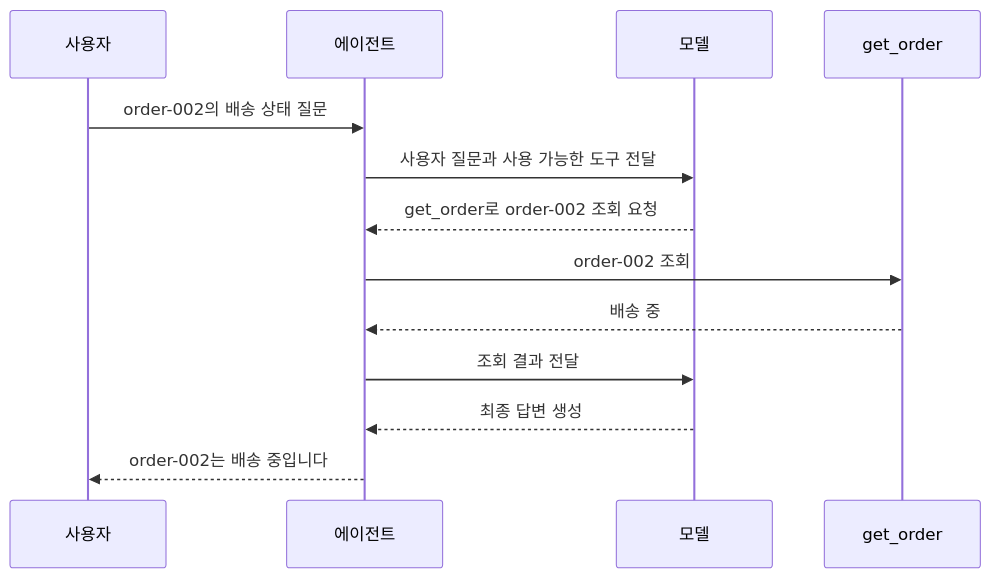
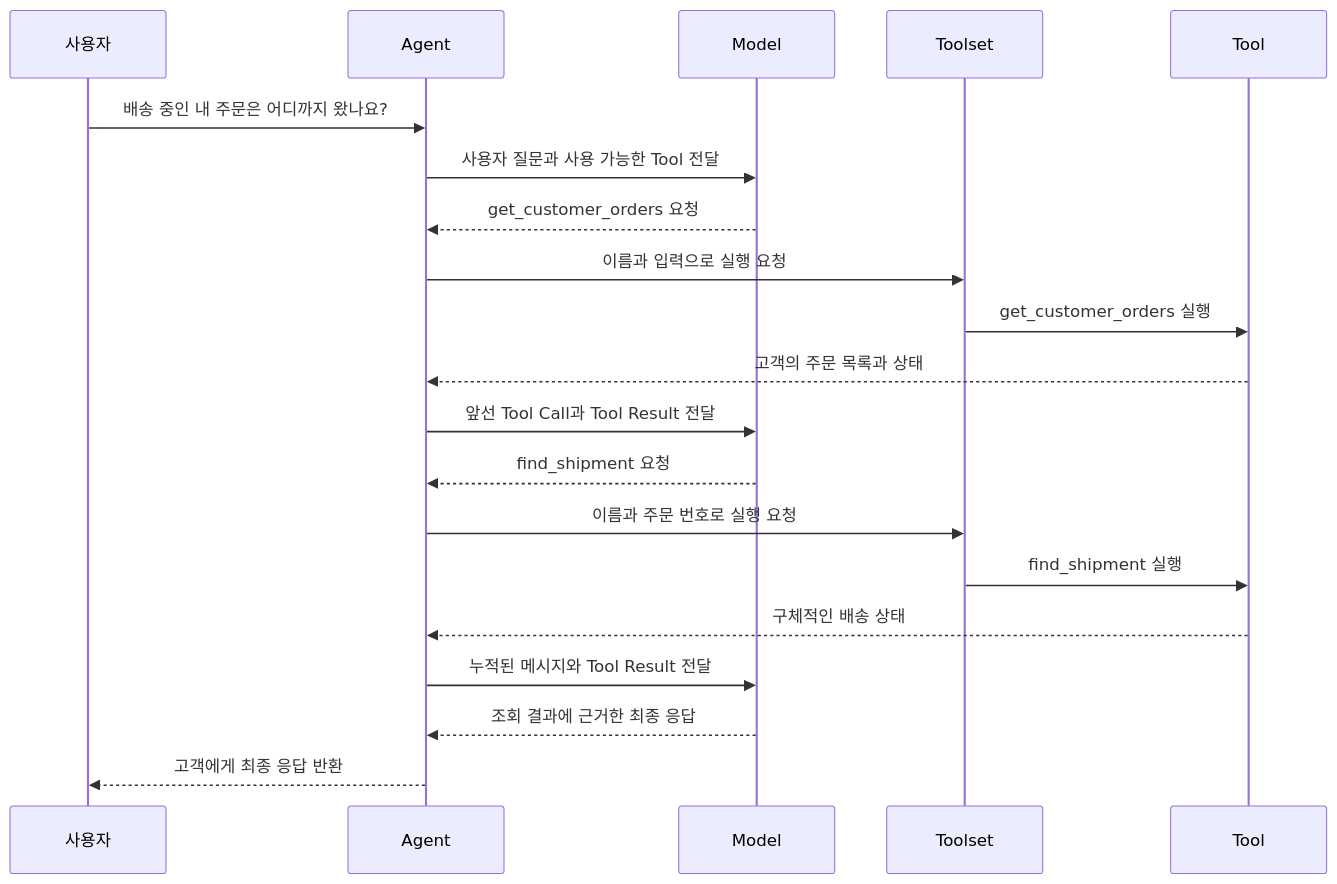
Before and after one commit to chahoseong/customer-support-agent: the diagram in docs/guides/agent-loop-with-tool-calling.md, drawn with Mermaid. The commit also changed other lines of this file, not shown here.

Commit message:
docs: explain multi-tool agent loop principles

````diff
--- a/docs/guides/agent-loop-with-tool-calling.md
+++ b/docs/guides/agent-loop-with-tool-calling.md
@@ -48,16 +69,23 @@
 ```mermaid
 sequenceDiagram
     participant U as 사용자
-    participant A as 에이전트
-    participant M as 모델
-    participant T as get_order
+    participant A as Agent
+    participant M as Model
+    participant TS as Toolset
+    participant T as Tool
 
-    U->>A: order-002의 배송 상태 질문
-    A->>M: 사용자 질문과 사용 가능한 도구 전달
-    M-->>A: get_order로 order-002 조회 요청
-    A->>T: order-002 조회
-    T-->>A: 배송 중
-    A->>M: 조회 결과 전달
-    M-->>A: 최종 답변 생성
-    A-->>U: order-002는 배송 중입니다
+    U->>A: 배송 중인 내 주문은 어디까지 왔나요?
+    A->>M: 사용자 질문과 사용 가능한 Tool 전달
+    M-->>A: get_customer_orders 요청
+    A->>TS: 이름과 입력으로 실행 요청
+    TS->>T: get_customer_orders 실행
+    T-->>A: 고객의 주문 목록과 상태
+    A->>M: 앞선 Tool Call과 Tool Result 전달
+    M-->>A: find_shipment 요청
+    A->>TS: 이름과 주문 번호로 실행 요청
+    TS->>T: find_shipment 실행
+    T-->>A: 구체적인 배송 상태
+    A->>M: 누적된 메시지와 Tool Result 전달
+    M-->>A: 조회 결과에 근거한 최종 응답
+    A-->>U: 고객에게 최종 응답 반환
 ```
````
